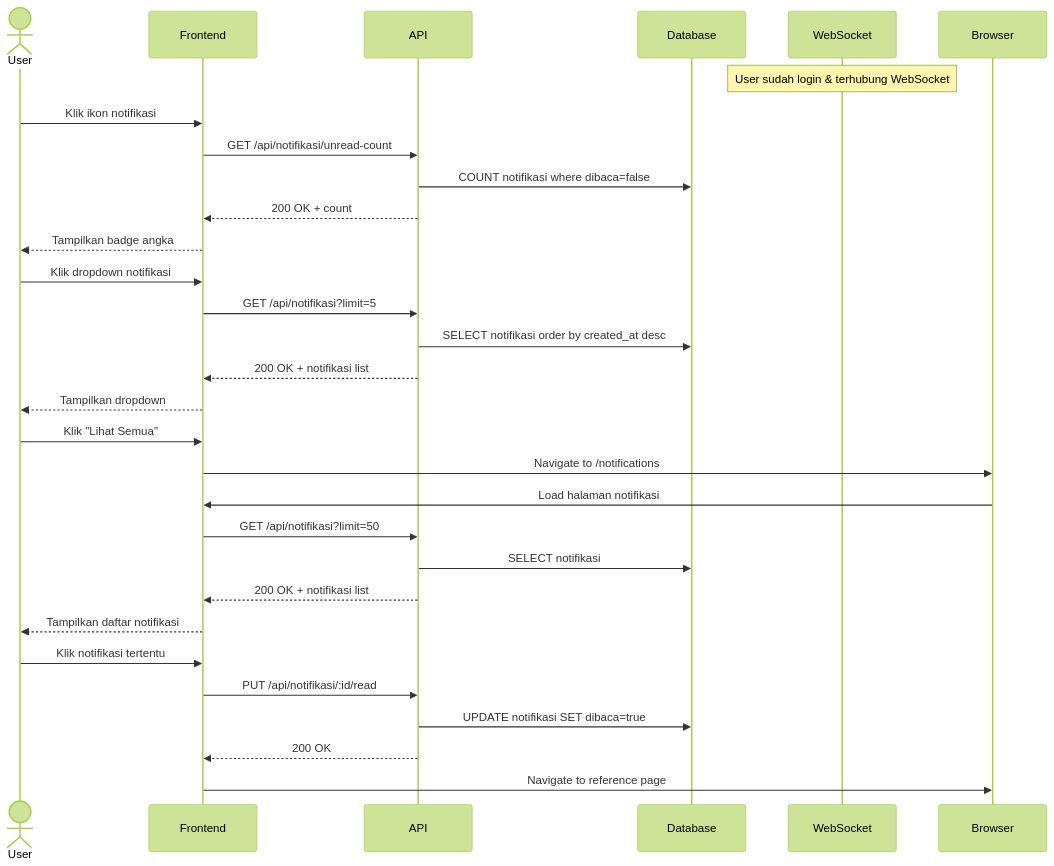
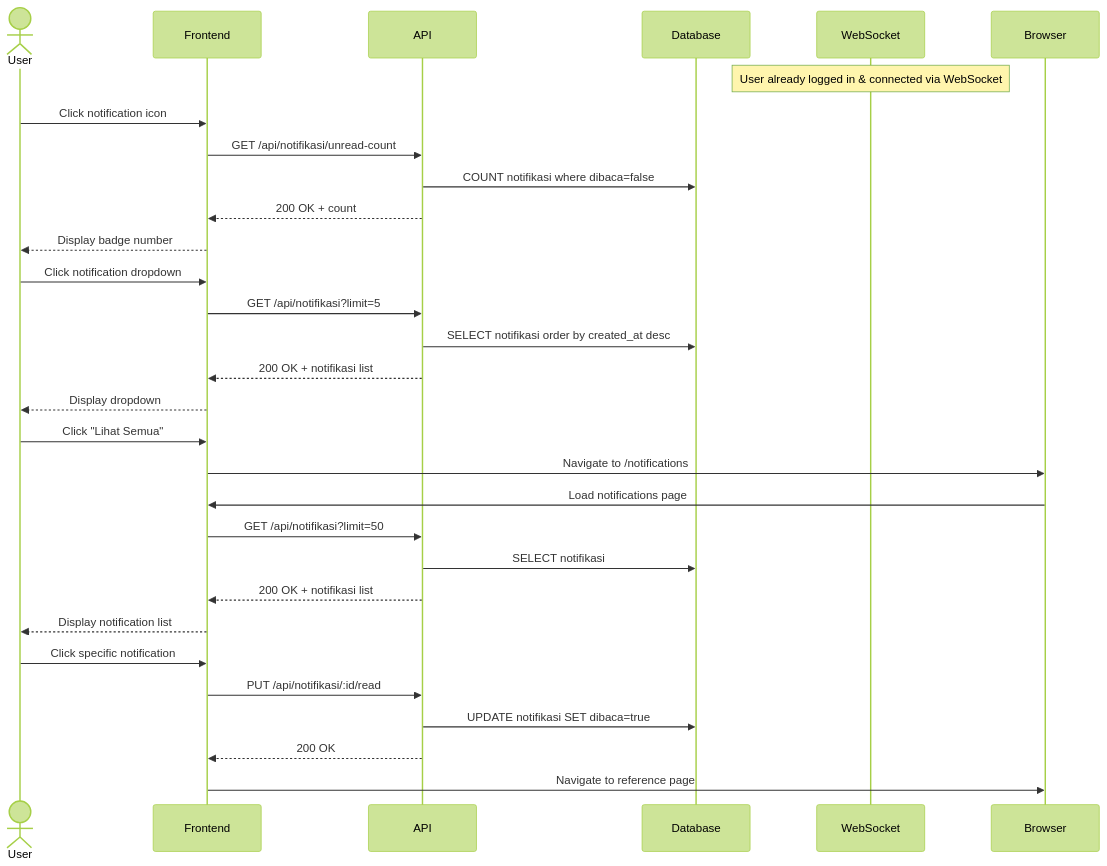
One commit to ATzFauzan1525/Nexus changed the diagram in docs/system_logics/sys_uc_005.md. Above: the diagram before and after it, drawn with Mermaid (forest theme). The commit also changed other lines of this file and 4 other files, not shown here.

````diff
--- a/docs/system_logics/sys_uc_005.md
+++ b/docs/system_logics/sys_uc_005.md
@@ -43,36 +43,36 @@
 ```mermaid
 sequenceDiagram
     actor User
     participant Frontend
     participant API
     participant Database
     participant WebSocket
 
-    Note over WebSocket: User sudah login & terhubung WebSocket
+    Note over WebSocket: User already logged in & connected via WebSocket
 
-    User->>Frontend: Klik ikon notifikasi
+    User->>Frontend: Click notification icon
     Frontend->>API: GET /api/notifikasi/unread-count
     API->>Database: COUNT notifikasi where dibaca=false
     API-->>Frontend: 200 OK + count
-    Frontend-->>User: Tampilkan badge angka
+    Frontend-->>User: Display badge number
 
-    User->>Frontend: Klik dropdown notifikasi
+    User->>Frontend: Click notification dropdown
     Frontend->>API: GET /api/notifikasi?limit=5
     API->>Database: SELECT notifikasi order by created_at desc
     API-->>Frontend: 200 OK + notifikasi list
-    Frontend-->>User: Tampilkan dropdown
+    Frontend-->>User: Display dropdown
 
-    User->>Frontend: Klik "Lihat Semua"
+    User->>Frontend: Click "Lihat Semua"
     Frontend->>Browser: Navigate to /notifications
-    Browser->>Frontend: Load halaman notifikasi
+    Browser->>Frontend: Load notifications page
     Frontend->>API: GET /api/notifikasi?limit=50
     API->>Database: SELECT notifikasi
     API-->>Frontend: 200 OK + notifikasi list
-    Frontend-->>User: Tampilkan daftar notifikasi
+    Frontend-->>User: Display notification list
 
-    User->>Frontend: Klik notifikasi tertentu
+    User->>Frontend: Click specific notification
     Frontend->>API: PUT /api/notifikasi/:id/read
     API->>Database: UPDATE notifikasi SET dibaca=true
     API-->>Frontend: 200 OK
     Frontend->>Browser: Navigate to reference page
 ```
````
